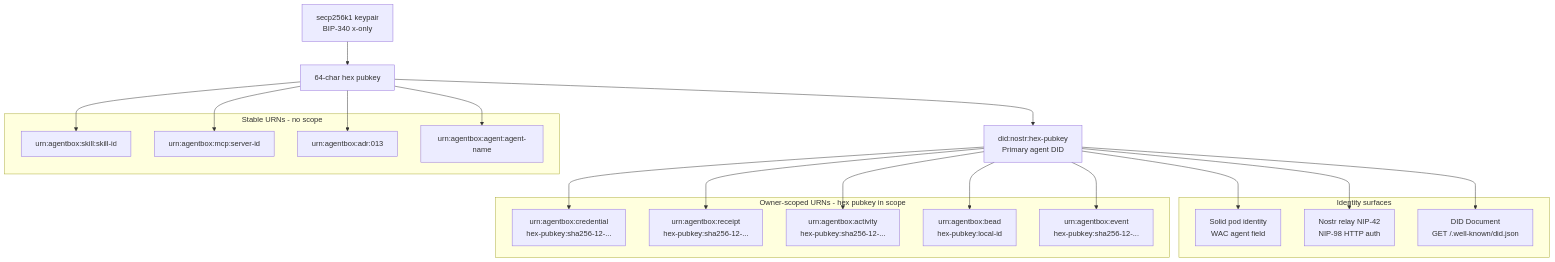
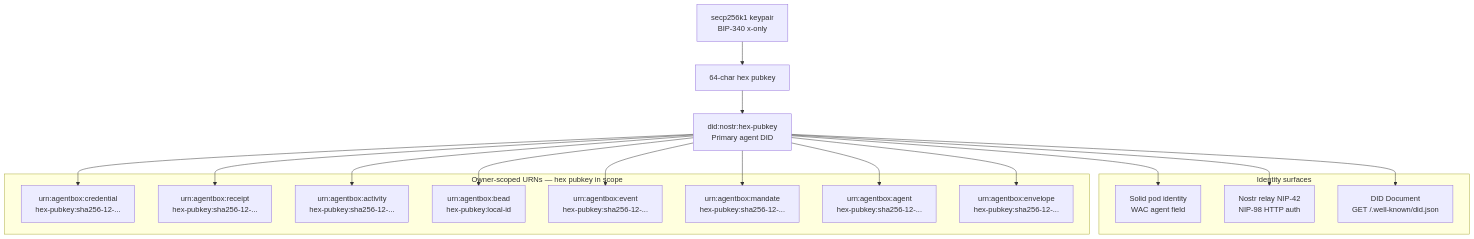
Before and after one commit to DreamLab-AI/agentbox: the first of 3 diagrams in README.md, drawn with Mermaid. The commit also changed other lines of this file, not shown here.

First line of the commit message:
docs: invert README pyramid — practical value first, architecture second

````diff
--- a/README.md
+++ b/README.md
@@ -36,44 +109,38 @@
 ```mermaid
 flowchart TB
     KP[secp256k1 keypair\nBIP-340 x-only]
     HEX[64-char hex pubkey]
     DID[did:nostr:hex-pubkey\nPrimary agent DID]
     KP --> HEX
     HEX --> DID
 
     subgraph identity["Identity surfaces"]
         POD_ID[Solid pod identity\nWAC agent field]
         RELAY_ID[Nostr relay NIP-42\nNIP-98 HTTP auth]
         DID_DOC[DID Document\nGET /.well-known/did.json]
     end
 
     DID --> POD_ID
     DID --> RELAY_ID
     DID --> DID_DOC
 
-    subgraph owned["Owner-scoped URNs - hex pubkey in scope"]
+    subgraph owned["Owner-scoped URNs — hex pubkey in scope"]
         CRED[urn:agentbox:credential\nhex-pubkey:sha256-12-...]
         RECEIPT[urn:agentbox:receipt\nhex-pubkey:sha256-12-...]
         ACTIVITY[urn:agentbox:activity\nhex-pubkey:sha256-12-...]
         BEAD[urn:agentbox:bead\nhex-pubkey:local-id]
         EVENT[urn:agentbox:event\nhex-pubkey:sha256-12-...]
+        MANDATE[urn:agentbox:mandate\nhex-pubkey:sha256-12-...]
+        AGENT[urn:agentbox:agent\nhex-pubkey:sha256-12-...]
+        ENVELOP[urn:agentbox:envelope\nhex-pubkey:sha256-12-...]
     end
 
     DID --> CRED
     DID --> RECEIPT
     DID --> ACTIVITY
     DID --> BEAD
     DID --> EVENT
-
-    subgraph stable["Stable URNs - no scope"]
-        SKILL[urn:agentbox:skill:skill-id]
-        MCP[urn:agentbox:mcp:server-id]
-        ADR[urn:agentbox:adr:013]
-        AGENT[urn:agentbox:agent:agent-name]
-    end
-
-    HEX --> SKILL
-    HEX --> MCP
-    HEX --> ADR
-    HEX --> AGENT
+    DID --> MANDATE
+    DID --> AGENT
+    DID --> ENVELOP
 ```
````
